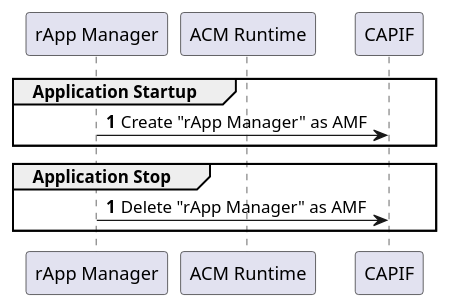
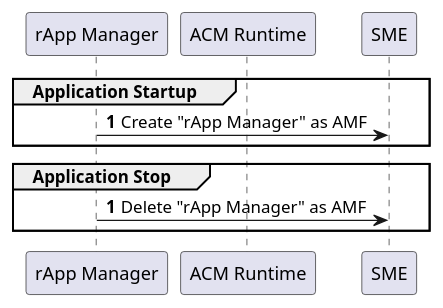
One commit to o-ran-sc/nonrtric-plt-rappmanager changed the diagram in docs/uml/application-lifecycle.puml. Above: the diagram before and after it, drawn with PlantUML. The commit also changed 4 other files, not shown here.

```diff
--- a/docs/uml/application-lifecycle.puml
+++ b/docs/uml/application-lifecycle.puml
@@ -1,18 +1,18 @@
 @startuml
 participant "rApp Manager"
 participant "ACM Runtime"
-participant "CAPIF"
+participant "SME"
 
 autonumber
 
 group Application Startup
-"rApp Manager"->"CAPIF": Create "rApp Manager" as AMF
+"rApp Manager"->"SME": Create "rApp Manager" as AMF
 end
 
 autonumber
 
 group Application Stop
-"rApp Manager"->"CAPIF": Delete "rApp Manager" as AMF
+"rApp Manager"->"SME": Delete "rApp Manager" as AMF
 end
 
 @enduml
```
